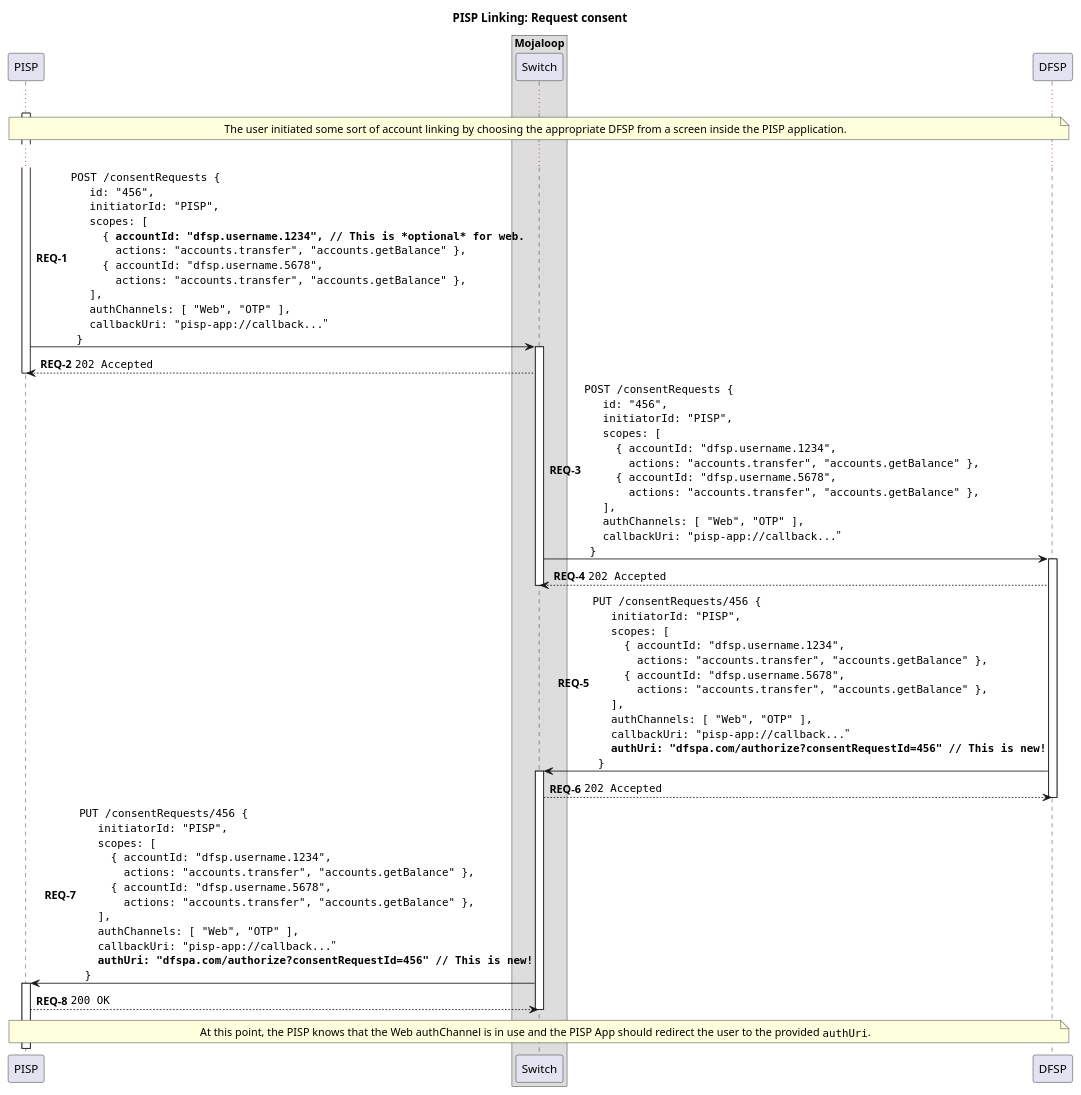
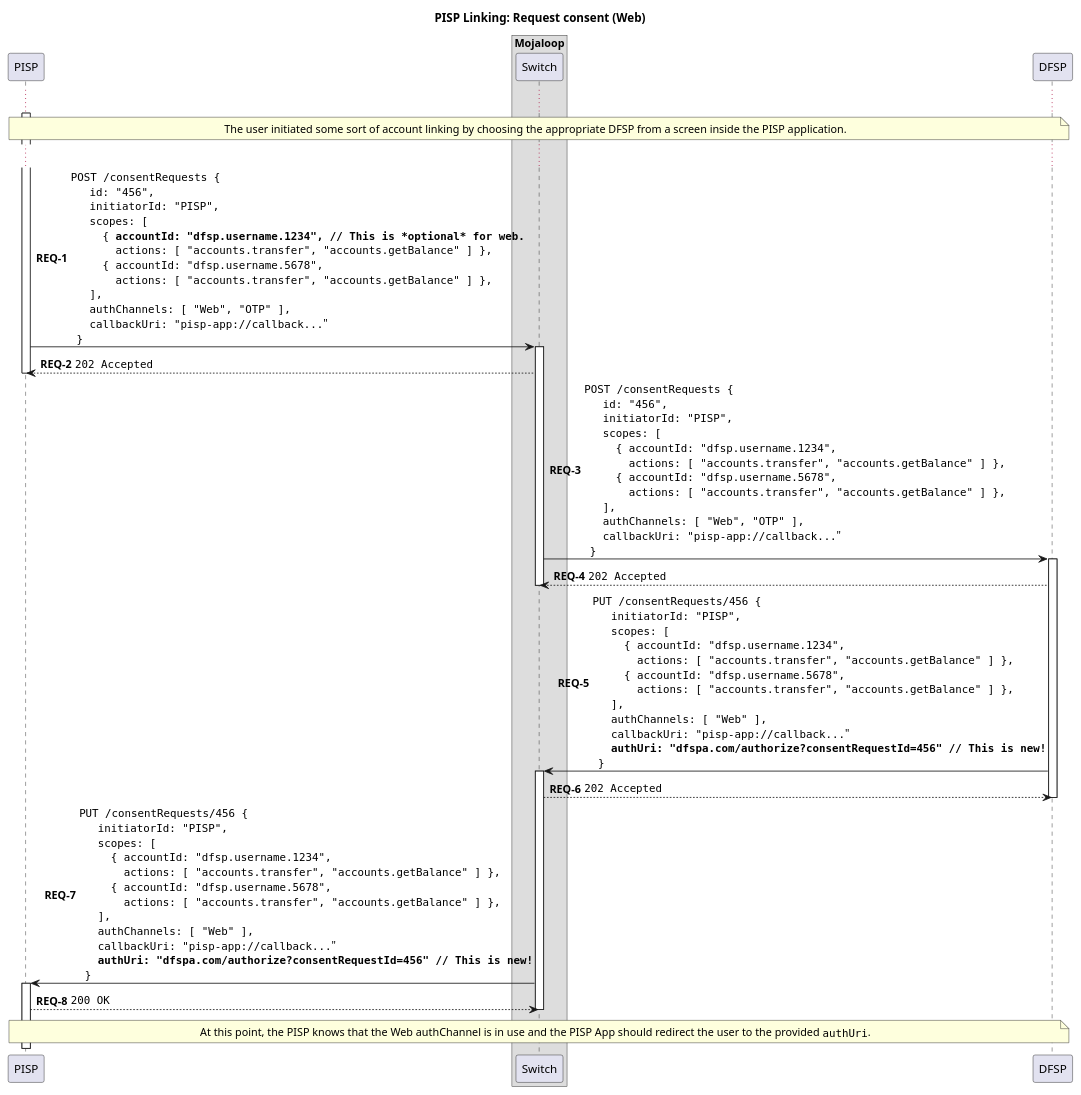
The diagram in docs/linking/2-request-consent-web.puml (mojaloop/pisp-project), drawn with PlantUML before and after one commit. The commit also changed 6 other files, not shown here.

```diff
--- a/docs/linking/2-request-consent-web.puml
+++ b/docs/linking/2-request-consent-web.puml
@@ -1,90 +1,90 @@
 @startuml
 
-title PISP Linking: Request consent
+title PISP Linking: Request consent (Web)
 
 participant "PISP" as PISP
 
 box "Mojaloop"
     participant Switch
 end box
 
 participant DFSP
 
 autonumber 1 "<b>REQ-#</b>"
 
 activate PISP
 
 ...
 
 note over PISP, DFSP
     The user initiated some sort of account linking by choosing the appropriate DFSP from a screen inside the PISP application.
 end note
 
 ...
 
 PISP -> Switch ++: ""POST /consentRequests {""\n\
   ""  id: "456",""\n\
   ""  initiatorId: "PISP",""\n\
   ""  scopes: [ ""\n\
   ""    { **accountId: "dfsp.username.1234", // This is *optional* for web.**""\n\
-  ""      actions: "accounts.transfer", "accounts.getBalance" },""\n\
+  ""      actions: [ "accounts.transfer", "accounts.getBalance" ] },""\n\
   ""    { accountId: "dfsp.username.5678",""\n\
-  ""      actions: "accounts.transfer", "accounts.getBalance" },""\n\
+  ""      actions: [ "accounts.transfer", "accounts.getBalance" ] },""\n\
   ""  ],""\n\
   ""  authChannels: [ "Web", "OTP" ],""\n\
   ""  callbackUri: "pisp-app://callback..."""\n\
   ""}""
 Switch --> PISP: ""202 Accepted""
 deactivate PISP
 
 Switch -> DFSP ++:  ""POST /consentRequests {""\n\
   ""  id: "456",""\n\
   ""  initiatorId: "PISP",""\n\
   ""  scopes: [ ""\n\
   ""    { accountId: "dfsp.username.1234",""\n\
-  ""      actions: "accounts.transfer", "accounts.getBalance" },""\n\
+  ""      actions: [ "accounts.transfer", "accounts.getBalance" ] },""\n\
   ""    { accountId: "dfsp.username.5678",""\n\
-  ""      actions: "accounts.transfer", "accounts.getBalance" },""\n\
+  ""      actions: [ "accounts.transfer", "accounts.getBalance" ] },""\n\
   ""  ],""\n\
   ""  authChannels: [ "Web", "OTP" ],""\n\
   ""  callbackUri: "pisp-app://callback..."""\n\
   ""}""
 DFSP --> Switch: ""202 Accepted""
 deactivate Switch
 
 DFSP -> Switch ++: ""PUT /consentRequests/456 {""\n\
   ""  initiatorId: "PISP",""\n\
   ""  scopes: [ ""\n\
   ""    { accountId: "dfsp.username.1234",""\n\
-  ""      actions: "accounts.transfer", "accounts.getBalance" },""\n\
+  ""      actions: [ "accounts.transfer", "accounts.getBalance" ] },""\n\
   ""    { accountId: "dfsp.username.5678",""\n\
-  ""      actions: "accounts.transfer", "accounts.getBalance" },""\n\
+  ""      actions: [ "accounts.transfer", "accounts.getBalance" ] },""\n\
   ""  ],""\n\
-  ""  authChannels: [ "Web", "OTP" ],""\n\
+  ""  authChannels: [ "Web" ],""\n\
   ""  callbackUri: "pisp-app://callback..."""\n\
   ""  **authUri: "dfspa.com/authorize?consentRequestId=456" // This is new!**""\n\
   ""}""
 ' TODO: Should this be 200 OK? or 202 Accepted?
 Switch --> DFSP: ""202 Accepted""
 deactivate DFSP
 
 Switch -> PISP ++: ""PUT /consentRequests/456 {""\n\
   ""  initiatorId: "PISP",""\n\
   ""  scopes: [ ""\n\
   ""    { accountId: "dfsp.username.1234",""\n\
-  ""      actions: "accounts.transfer", "accounts.getBalance" },""\n\
+  ""      actions: [ "accounts.transfer", "accounts.getBalance" ] },""\n\
   ""    { accountId: "dfsp.username.5678",""\n\
-  ""      actions: "accounts.transfer", "accounts.getBalance" },""\n\
+  ""      actions: [ "accounts.transfer", "accounts.getBalance" ] },""\n\
   ""  ],""\n\
-  ""  authChannels: [ "Web", "OTP" ],""\n\
+  ""  authChannels: [ "Web" ],""\n\
   ""  callbackUri: "pisp-app://callback..."""\n\
   ""  **authUri: "dfspa.com/authorize?consentRequestId=456" // This is new!**""\n\
   ""}""
 PISP --> Switch: ""200 OK""
 deactivate Switch
 
 note over PISP, DFSP
   At this point, the PISP knows that the Web authChannel is in use and the PISP App should redirect the user to the provided ""authUri"".
 end note
 
 @enduml
```
